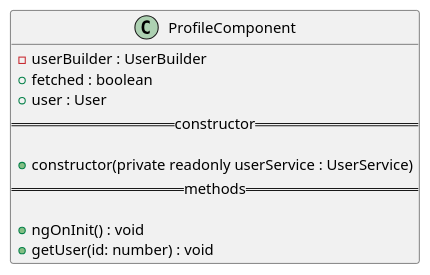
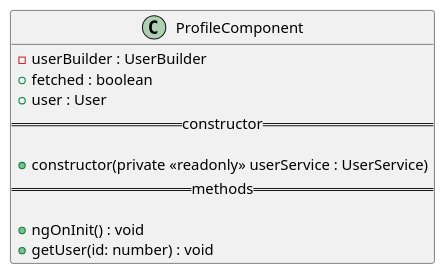
One commit to GruppOne/stalker-web-app changed the diagram in docs/diagrams/view/routes/ProfileComponent.pu. Above: the diagram before and after it, drawn with PlantUML. The commit also changed 16 other files, not shown here.

```diff
--- a/docs/diagrams/view/routes/ProfileComponent.pu
+++ b/docs/diagrams/view/routes/ProfileComponent.pu
@@ -1,14 +1,14 @@
 @startuml ProfileComponent diagram
 class ProfileComponent {
   - userBuilder : UserBuilder
   + fetched : boolean
   + user : User
   ==constructor==
 
-  + constructor(private readonly userService : UserService)
+  + constructor(private <<readonly>> userService : UserService)
   ==methods==
 
   + ngOnInit() : void
   + getUser(id: number) : void
 }
 @enduml
```
